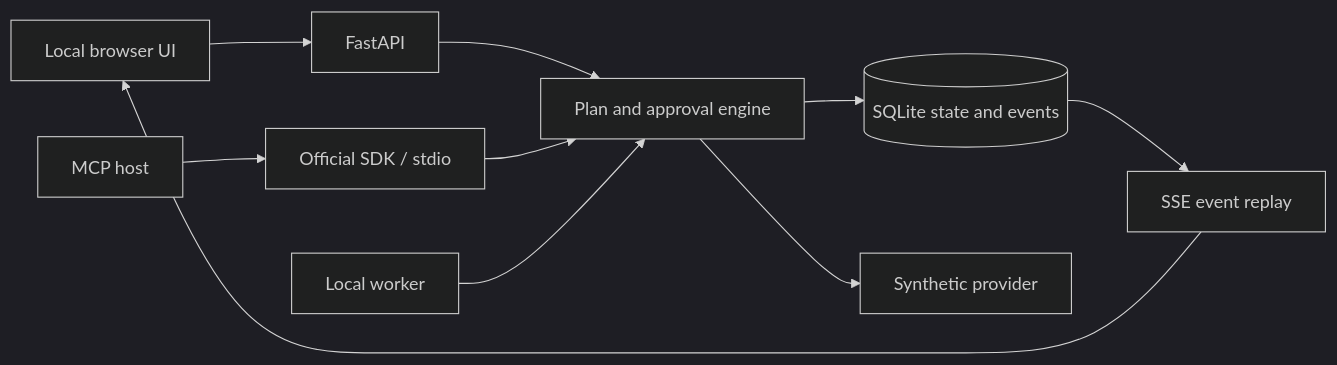
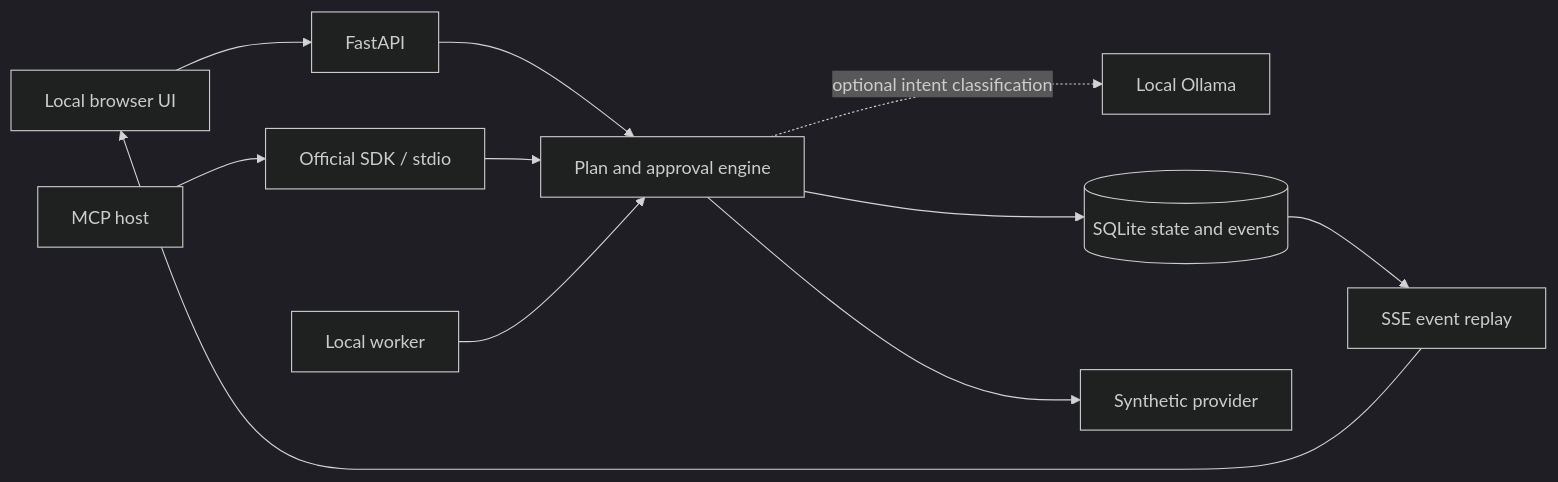
One commit to jechoiyyy/ops-workflow-lab changed the diagram in README.md. Above: the diagram before and after it, drawn with Mermaid (dark theme). The commit also changed other lines of this file and 24 other files, not shown here.

Commit message:
Add local Ollama intent planning with validation and measured evaluations

````diff
--- a/README.md
+++ b/README.md
@@ -57,12 +71,13 @@
 ```mermaid
 flowchart LR
     UI[Local browser UI] --> API[FastAPI]
     HOST[MCP host] --> MCP[Official SDK / stdio]
     API --> ENGINE[Plan and approval engine]
     MCP --> ENGINE
+    ENGINE -. optional intent classification .-> LLM[Local Ollama]
     ENGINE --> DB[(SQLite state and events)]
     WORKER[Local worker] --> ENGINE
     ENGINE --> SIM[Synthetic provider]
     DB --> SSE[SSE event replay]
     SSE --> UI
 ```
````
